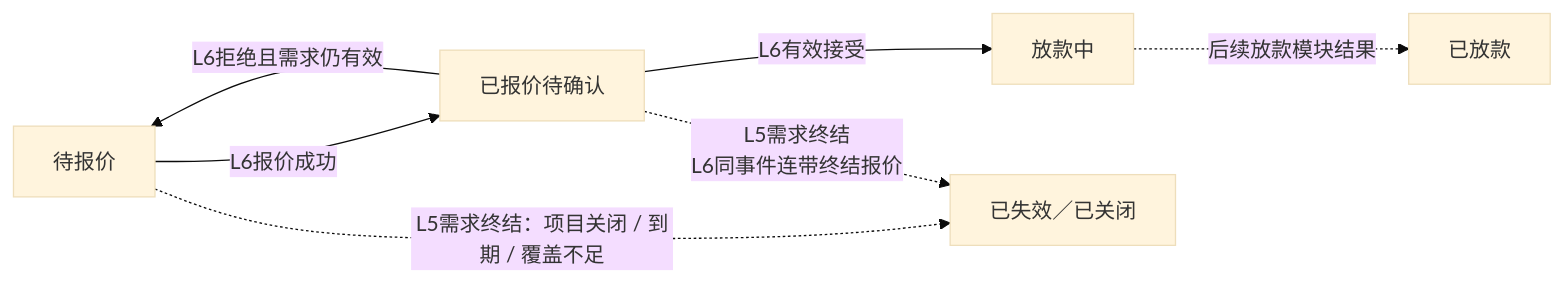
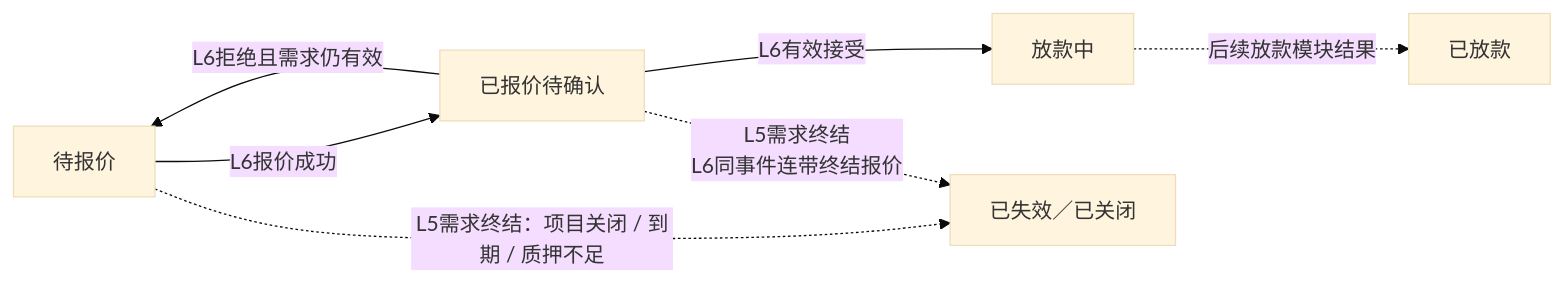
The eighth of 8 diagrams in lending-platform/PRD/面客端/06-借贷广场-授信报价与接受拒绝/02-授信报价与接受拒绝-流程图与状态机.md (wxblockchain/Chain-Financing), drawn with Mermaid (base theme) before and after one commit. The commit also changed other lines of this file and 20 other files, not shown here.

````diff
--- a/lending-platform/PRD/面客端/06-借贷广场-授信报价与接受拒绝/02-授信报价与接受拒绝-流程图与状态机.md
+++ b/lending-platform/PRD/面客端/06-借贷广场-授信报价与接受拒绝/02-授信报价与接受拒绝-流程图与状态机.md
@@ -184,9 +184,9 @@
 ```mermaid
 flowchart LR
   A["待报价"] -->|"L6报价成功"| B["已报价待确认"]
   B -->|"L6有效接受"| C["放款中"]
   B -->|"L6拒绝且需求仍有效"| A
-  A -. "L5需求终结：项目关闭 / 到期 / 覆盖不足" .-> E["已失效／已关闭"]
+  A -. "L5需求终结：项目关闭 / 到期 / 质押不足" .-> E["已失效／已关闭"]
   B -. "L5需求终结<br/>L6同事件连带终结报价" .-> E
   C -. "后续放款模块结果" .-> D["已放款"]
 ```
````
